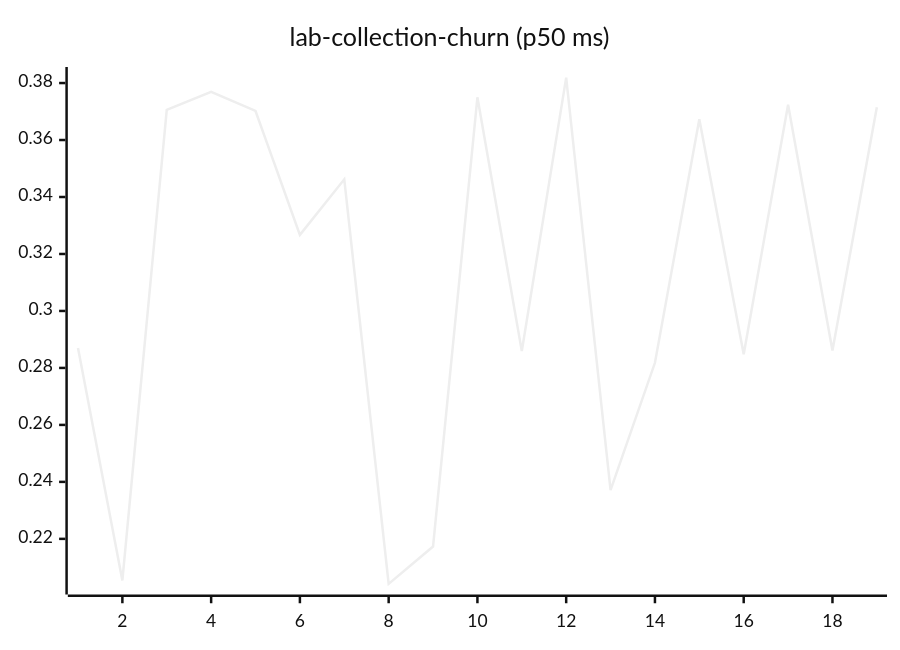
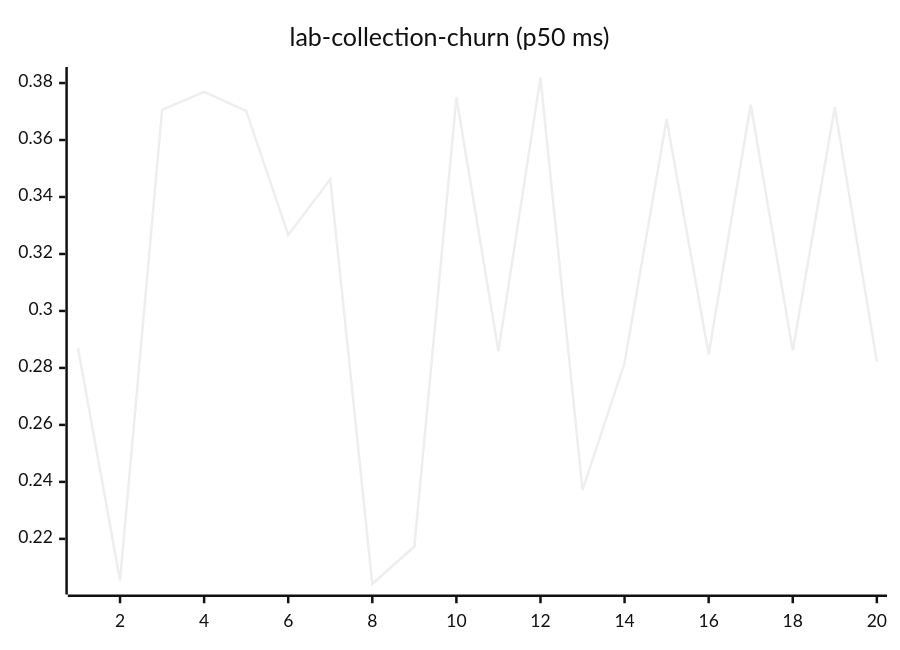
Before and after one commit to josha/Facet: diagram 11 of 27 in README.md, drawn with Mermaid (neutral theme). The commit also changed other lines of this file and 2 other files, not shown here.

````diff
--- a/README.md
+++ b/README.md
@@ -133,6 +133,6 @@
 ```mermaid
 xychart-beta
     title "lab-collection-churn (p50 ms)"
-    x-axis 1 --> 19
-    line [0.2870, 0.2054, 0.3706, 0.3769, 0.3702, 0.3267, 0.3462, 0.2042, 0.2173, 0.3750, 0.2859, 0.3819, 0.2371, 0.2818, 0.3673, 0.2848, 0.3724, 0.2861, 0.3715]
+    x-axis 1 --> 20
+    line [0.2870, 0.2054, 0.3706, 0.3769, 0.3702, 0.3267, 0.3462, 0.2042, 0.2173, 0.3750, 0.2859, 0.3819, 0.2371, 0.2818, 0.3673, 0.2848, 0.3724, 0.2861, 0.3715, 0.2822]
 ```
````
